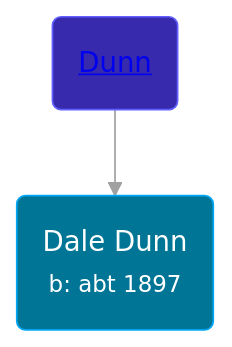
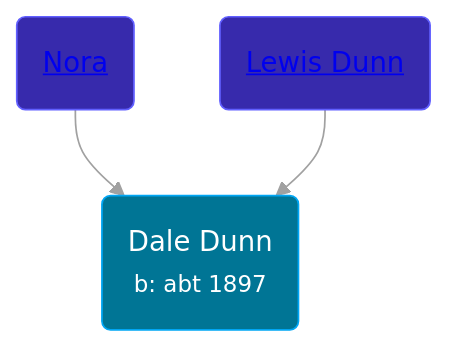
The diagram in pages/people/9/90785072.md (wpmgotkh/wpmgotkh.github.io), drawn with Mermaid (base theme) before and after one commit. The commit also changed other lines of this file and 257 other files, not shown here.

````diff
--- a/pages/people/9/90785072.md
+++ b/pages/people/9/90785072.md
@@ -10,9 +10,10 @@
 ```mermaid
 graph
 classDef grands fill:#193cb8,stroke:#2b7fff,stroke-width:1px,color:#fff;
 classDef parents fill:#372aac,stroke:#615fff,stroke-width:1px,color:#fff;
 classDef primary fill:#007595,stroke:#00a6f4,stroke-width:1px,color:#fff;
 90785072(Dale Dunn<br /><small>b: abt 1897</small>):::primary
-14066328(<a class="text-white" href="/people/1/14066328">Dunn</a>):::parents-->90785072
+37580902(<a class="text-white" href="/people/3/37580902">Nora </a>):::parents-->90785072
+14066328(<a class="text-white" href="/people/1/14066328">Lewis Dunn</a>):::parents-->90785072
 linkStyle default stroke:#a1a1a1
 ```
````
